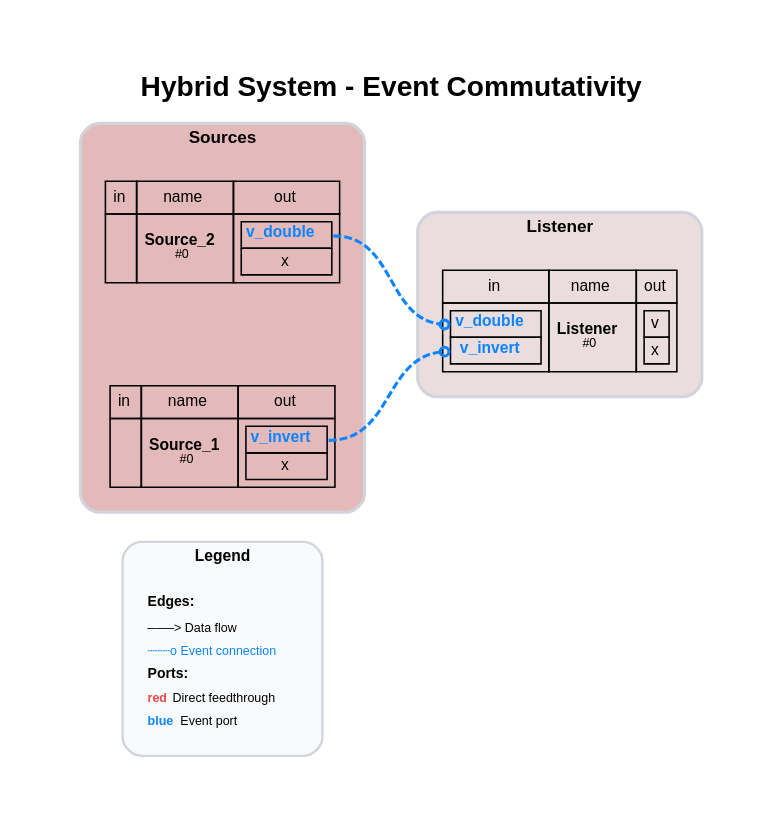
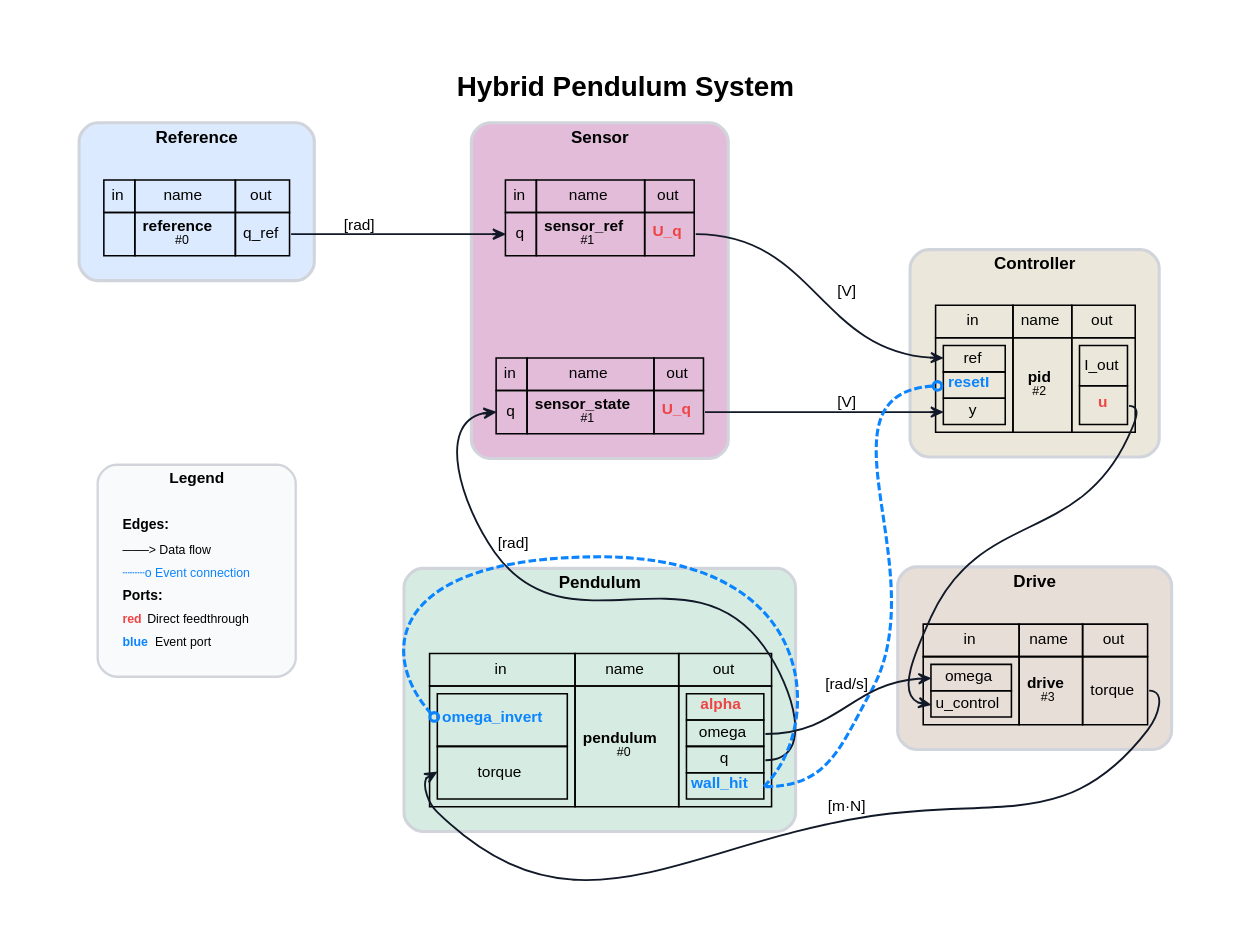
Before and after one commit to FlorianFrech/SystemSimulation: the diagram in demos/ControlledPendulum/MyModels/Hybrid/Digraph.gv, drawn with Graphviz. The commit also changed 33 other files, not shown here.

Commit message:
Hybrid Co-SImulation: - Updated dynamic verification of commutativity of event handlers - Created Sequence diagrams for hybrid co-simulation algorithm - Comparison Monolithic vs. Co-Simulation for Hybrid Pendulum system

```diff
--- a/demos/ControlledPendulum/MyModels/Hybrid/Digraph.gv
+++ b/demos/ControlledPendulum/MyModels/Hybrid/Digraph.gv
@@ -1,30 +1,49 @@
-// System: Hybrid System - Event Commutativity
+// System: Hybrid Pendulum System
 digraph {
-	graph [bgcolor=white compound=true esep=0 fontname="Helvetica-Bold" fontsize=18 label="Hybrid System - Event Commutativity" labelloc=t margin=0.2 nodesep=0.8 pad=0.5 rankdir=LR ranksep=0.8 sep=0 splines=true]
+	graph [bgcolor=white compound=true esep=0 fontname="Helvetica-Bold" fontsize=18 label="Hybrid Pendulum System" labelloc=t margin=0.2 nodesep=0.8 pad=0.5 rankdir=LR ranksep=0.8 sep=0 splines=true]
 	node [fillcolor=white fontname=Helvetica fontsize=10 margin="0.05,0.05" shape=plaintext style=""]
 	edge [arrowhead=vee arrowsize=0.7 arrowtail=none color="#111827" dir=forward fontname=Helvetica fontsize=10 labelangle=45 labelfontcolor="#374151" minlen=1.2 penwidth=1.2]
 	subgraph cluster_legend {
 		bgcolor="#f9fafb" color="#d1d5db" fontname="Helvetica-Bold" fontsize=10 label=Legend margin=8 penwidth=1.5 rank=sink style=rounded
 		legend_node [label=<
             <TABLE BORDER="0" CELLBORDER="0" CELLSPACING="2" CELLPADDING="2">
                 <TR><TD ALIGN="LEFT"><FONT POINT-SIZE="9"><B>Edges:</B></FONT></TD></TR>
                 <TR><TD ALIGN="LEFT"><FONT POINT-SIZE="8">───&gt; Data flow</FONT></TD></TR>
                 <TR><TD ALIGN="LEFT"><FONT POINT-SIZE="8" COLOR="#0b84ff">┄┄┄o Event connection</FONT></TD></TR>
                 <TR><TD ALIGN="LEFT"><FONT POINT-SIZE="9"><B>Ports:</B></FONT></TD></TR>
                 <TR><TD ALIGN="LEFT"><FONT POINT-SIZE="8" COLOR="#ef4444"><B>red</B></FONT> Direct feedthrough</TD></TR>
                 <TR><TD ALIGN="LEFT"><FONT POINT-SIZE="8" COLOR="#0b84ff"><B>blue</B></FONT> Event port</TD></TR>
             </TABLE>
             > fontsize=8 shape=plaintext]
 	}
-	subgraph cluster_Sources {
-		bgcolor="#e3b9b9" color="#d1d5db" fontname="Helvetica-Bold" fontsize=11 label=Sources margin=12 penwidth=2 style=rounded
-		Source_1 [label=<<TABLE BORDER="0" CELLBORDER="1" CELLSPACING="0" CELLPADDING="4"><TR><TD>in</TD><TD>name</TD><TD>out</TD></TR><TR><TD></TD><TD><B>Source_1</B><BR/><FONT POINT-SIZE="8">#0</FONT></TD><TD><TABLE BORDER="0" CELLBORDER="1" CELLSPACING="0" CELLPADDING="2"><TR><TD PORT="v_invert"><FONT COLOR="#0b84ff"><B>v_invert</B></FONT></TD></TR><TR><TD PORT="x">x</TD></TR></TABLE></TD></TR></TABLE>>]
-		Source_2 [label=<<TABLE BORDER="0" CELLBORDER="1" CELLSPACING="0" CELLPADDING="4"><TR><TD>in</TD><TD>name</TD><TD>out</TD></TR><TR><TD></TD><TD><B>Source_2</B><BR/><FONT POINT-SIZE="8">#0</FONT></TD><TD><TABLE BORDER="0" CELLBORDER="1" CELLSPACING="0" CELLPADDING="2"><TR><TD PORT="v_double"><FONT COLOR="#0b84ff"><B>v_double</B></FONT></TD></TR><TR><TD PORT="x">x</TD></TR></TABLE></TD></TR></TABLE>>]
+	subgraph cluster_Reference {
+		bgcolor="#dbeafe" color="#d1d5db" fontname="Helvetica-Bold" fontsize=11 label=Reference margin=12 penwidth=2 style=rounded
+		reference [label=<<TABLE BORDER="0" CELLBORDER="1" CELLSPACING="0" CELLPADDING="4"><TR><TD>in</TD><TD>name</TD><TD>out</TD></TR><TR><TD></TD><TD><B>reference</B><BR/><FONT POINT-SIZE="8">#0</FONT></TD><TD PORT="q_ref">q_ref</TD></TR></TABLE>>]
 	}
-	subgraph cluster_Listener {
-		bgcolor="#ebdddd" color="#d1d5db" fontname="Helvetica-Bold" fontsize=11 label=Listener margin=12 penwidth=2 style=rounded
-		Listener [label=<<TABLE BORDER="0" CELLBORDER="1" CELLSPACING="0" CELLPADDING="4"><TR><TD>in</TD><TD>name</TD><TD>out</TD></TR><TR><TD><TABLE BORDER="0" CELLBORDER="1" CELLSPACING="0" CELLPADDING="2"><TR><TD PORT="v_double"><FONT COLOR="#0b84ff"><B>v_double</B></FONT></TD></TR><TR><TD PORT="v_invert"><FONT COLOR="#0b84ff"><B>v_invert</B></FONT></TD></TR></TABLE></TD><TD><B>Listener</B><BR/><FONT POINT-SIZE="8">#0</FONT></TD><TD><TABLE BORDER="0" CELLBORDER="1" CELLSPACING="0" CELLPADDING="2"><TR><TD PORT="v">v</TD></TR><TR><TD PORT="x">x</TD></TR></TABLE></TD></TR></TABLE>>]
+	subgraph cluster_Sensor {
+		bgcolor="#e2bcd9" color="#d1d5db" fontname="Helvetica-Bold" fontsize=11 label=Sensor margin=12 penwidth=2 style=rounded
+		sensor_ref [label=<<TABLE BORDER="0" CELLBORDER="1" CELLSPACING="0" CELLPADDING="4"><TR><TD>in</TD><TD>name</TD><TD>out</TD></TR><TR><TD PORT="q">q</TD><TD><B>sensor_ref</B><BR/><FONT POINT-SIZE="8">#1</FONT></TD><TD PORT="U_q"><FONT COLOR="#ef4444"><B>U_q</B></FONT></TD></TR></TABLE>>]
+		sensor_state [label=<<TABLE BORDER="0" CELLBORDER="1" CELLSPACING="0" CELLPADDING="4"><TR><TD>in</TD><TD>name</TD><TD>out</TD></TR><TR><TD PORT="q">q</TD><TD><B>sensor_state</B><BR/><FONT POINT-SIZE="8">#1</FONT></TD><TD PORT="U_q"><FONT COLOR="#ef4444"><B>U_q</B></FONT></TD></TR></TABLE>>]
 	}
-	Source_1 -> Listener [label="" arrowhead=odot color="#0b84ff" fontcolor="#0b84ff" headclip=true headport="v_invert:w" penwidth=2.0 style=dashed tailclip=true tailport="v_invert:e"]
-	Source_2 -> Listener [label="" arrowhead=odot color="#0b84ff" fontcolor="#0b84ff" headclip=true headport="v_double:w" penwidth=2.0 style=dashed tailclip=true tailport="v_double:e"]
+	subgraph cluster_Controller {
+		bgcolor="#ebe7da" color="#d1d5db" fontname="Helvetica-Bold" fontsize=11 label=Controller margin=12 penwidth=2 style=rounded
+		pid [label=<<TABLE BORDER="0" CELLBORDER="1" CELLSPACING="0" CELLPADDING="4"><TR><TD>in</TD><TD>name</TD><TD>out</TD></TR><TR><TD><TABLE BORDER="0" CELLBORDER="1" CELLSPACING="0" CELLPADDING="2"><TR><TD PORT="ref">ref</TD></TR><TR><TD PORT="resetI"><FONT COLOR="#0b84ff"><B>resetI</B></FONT></TD></TR><TR><TD PORT="y">y</TD></TR></TABLE></TD><TD><B>pid</B><BR/><FONT POINT-SIZE="8">#2</FONT></TD><TD><TABLE BORDER="0" CELLBORDER="1" CELLSPACING="0" CELLPADDING="2"><TR><TD PORT="I_out">I_out</TD></TR><TR><TD PORT="u"><FONT COLOR="#ef4444"><B>u</B></FONT></TD></TR></TABLE></TD></TR></TABLE>>]
+	}
+	subgraph cluster_Drive {
+		bgcolor="#e8ded8" color="#d1d5db" fontname="Helvetica-Bold" fontsize=11 label=Drive margin=12 penwidth=2 style=rounded
+		drive [label=<<TABLE BORDER="0" CELLBORDER="1" CELLSPACING="0" CELLPADDING="4"><TR><TD>in</TD><TD>name</TD><TD>out</TD></TR><TR><TD><TABLE BORDER="0" CELLBORDER="1" CELLSPACING="0" CELLPADDING="2"><TR><TD PORT="omega">omega</TD></TR><TR><TD PORT="u_control">u_control</TD></TR></TABLE></TD><TD><B>drive</B><BR/><FONT POINT-SIZE="8">#3</FONT></TD><TD PORT="torque">torque</TD></TR></TABLE>>]
+	}
+	subgraph cluster_Pendulum {
+		bgcolor="#d6ece2" color="#d1d5db" fontname="Helvetica-Bold" fontsize=11 label=Pendulum margin=12 penwidth=2 style=rounded
+		pendulum [label=<<TABLE BORDER="0" CELLBORDER="1" CELLSPACING="0" CELLPADDING="4"><TR><TD>in</TD><TD>name</TD><TD>out</TD></TR><TR><TD><TABLE BORDER="0" CELLBORDER="1" CELLSPACING="0" CELLPADDING="2"><TR><TD PORT="omega_invert"><FONT COLOR="#0b84ff"><B>omega_invert</B></FONT></TD></TR><TR><TD PORT="torque">torque</TD></TR></TABLE></TD><TD><B>pendulum</B><BR/><FONT POINT-SIZE="8">#0</FONT></TD><TD><TABLE BORDER="0" CELLBORDER="1" CELLSPACING="0" CELLPADDING="2"><TR><TD PORT="alpha"><FONT COLOR="#ef4444"><B>alpha</B></FONT></TD></TR><TR><TD PORT="omega">omega</TD></TR><TR><TD PORT="q">q</TD></TR><TR><TD PORT="wall_hit"><FONT COLOR="#0b84ff"><B>wall_hit</B></FONT></TD></TR></TABLE></TD></TR></TABLE>>]
+	}
+	reference -> sensor_ref [label="[rad]" color="#111827" headclip=true headport="q:w" style=solid tailclip=true tailport="q_ref:e"]
+	pendulum -> sensor_state [label="[rad]" color="#111827" headclip=true headport="q:w" style=solid tailclip=true tailport="q:e"]
+	sensor_ref -> pid [label="[V]" color="#111827" headclip=true headport="ref:w" style=solid tailclip=true tailport="U_q:e"]
+	sensor_state -> pid [label="[V]" color="#111827" headclip=true headport="y:w" style=solid tailclip=true tailport="U_q:e"]
+	pid -> drive [label="" color="#111827" headclip=true headport="u_control:w" style=solid tailclip=true tailport="u:e"]
+	drive -> pendulum [label="[m·N]" color="#111827" headclip=true headport="torque:w" style=solid tailclip=true tailport="torque:e"]
+	pendulum -> drive [label="[rad/s]" color="#111827" headclip=true headport="omega:w" style=solid tailclip=true tailport="omega:e"]
+	pendulum -> pid [label="" arrowhead=odot color="#0b84ff" fontcolor="#0b84ff" headclip=true headport="resetI:w" penwidth=2.0 style=dashed tailclip=true tailport="wall_hit:e"]
+	pendulum -> pendulum [label="" arrowhead=odot color="#0b84ff" fontcolor="#0b84ff" headclip=true headport="omega_invert:w" penwidth=2.0 style=dashed tailclip=true tailport="wall_hit:e"]
 }
```
